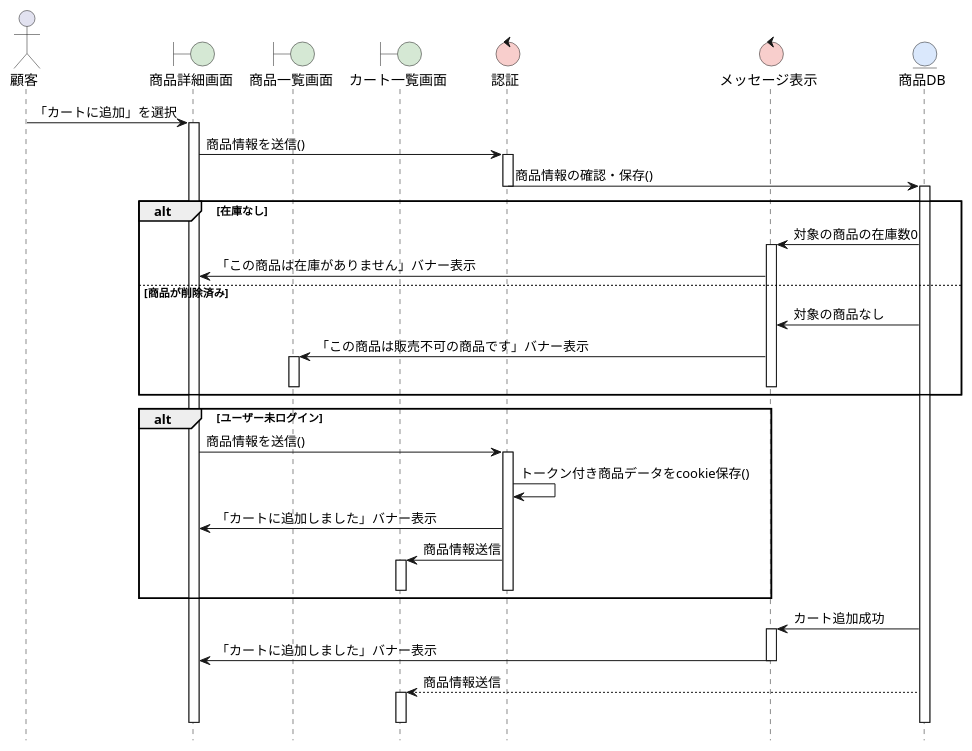
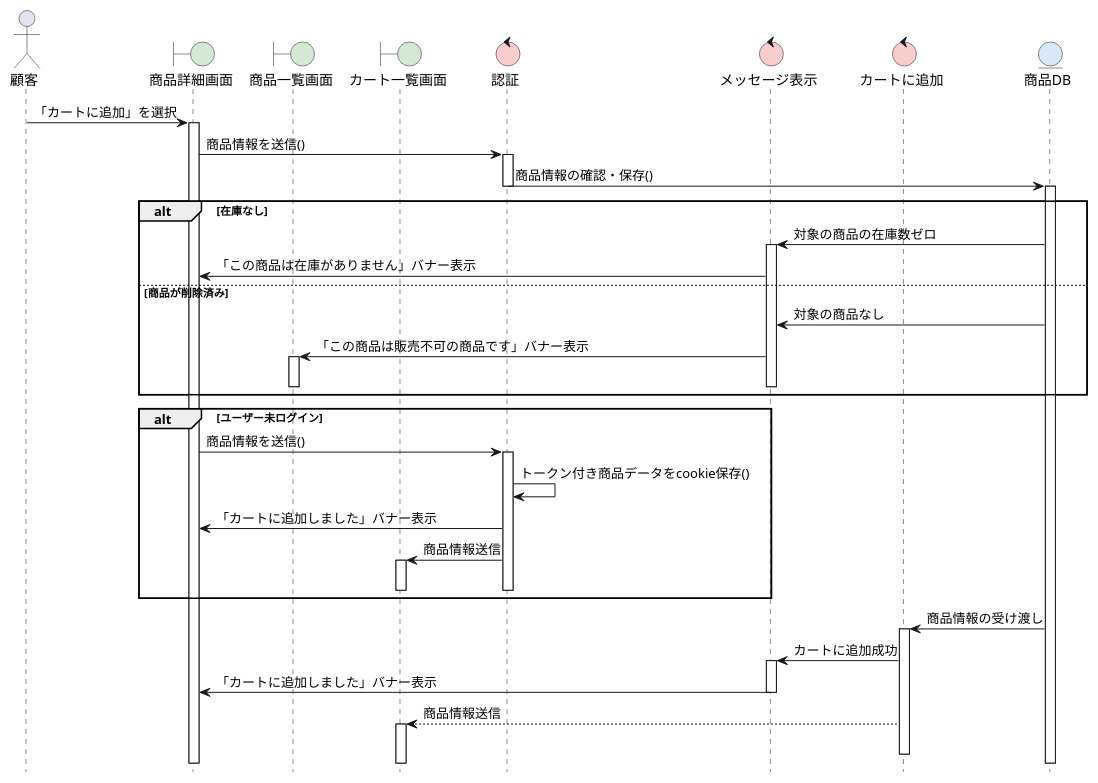
One commit to FujikawaHirono0520/group3_1_dogdog changed the diagram in BB/sequence_cart.pu. Above: the diagram before and after it, drawn with PlantUML. The commit also changed 2 other files, not shown here.

```diff
--- a/BB/sequence_cart.pu
+++ b/BB/sequence_cart.pu
@@ -1,63 +1,64 @@
 @startuml
 hide footbox
 skinparam boundaryBackgroundColor #D5E8D4
 skinparam controlBackgroundColor  #F8CECC
 skinparam entityBackgroundColor   #DAE8FC
 
 actor 顧客 as user
 boundary 商品詳細画面 as B1
 boundary 商品一覧画面 as B2
 boundary カート一覧画面 as B3
 control 認証 as C1
 control メッセージ表示 as C2
+control カートに追加 as C3
 entity 商品DB as E
 
 user -> B1: 「カートに追加」を選択
 activate B1
 
 B1 -> C1: 商品情報を送信()
 activate C1
 C1 -> E: 商品情報の確認・保存()
 deactivate C1
 activate E
 
 alt 在庫なし
-    E -> C2: 対象の商品の在庫数0
+    E -> C2: 対象の商品の在庫数ゼロ
     activate C2
     C2 -> B1: 「この商品は在庫がありません」バナー表示
     deactivate C1
 else 商品が削除済み
     E -> C2: 対象の商品なし
     C2 -> B2: 「この商品は販売不可の商品です」バナー表示
     activate B2
     deactivate C1
     deactivate B2
     deactivate C2
 
 end
 
 alt ユーザー未ログイン
     B1 -> C1: 商品情報を送信()
     activate C1
     C1 -> C1: トークン付き商品データをcookie保存()
     C1 -> B1: 「カートに追加しました」バナー表示
     C1 -> B3: 商品情報送信
     activate B3
     deactivate C1
     deactivate B3
 
 end
 
-E -> C2: カート追加成功
+
+E -> C3: 商品情報の受け渡し
+activate C3
+C3 -> C2: カートに追加成功
 activate C2
 C2 -> B1: 「カートに追加しました」バナー表示
 deactivate C2
-E --> B3: 商品情報送信
+C3 --> B3: 商品情報送信
 activate B3
-deactivate B3
-deactivate E
-deactivate C1
-deactivate B1
+deactivate C3
 
 
 @enduml
```
